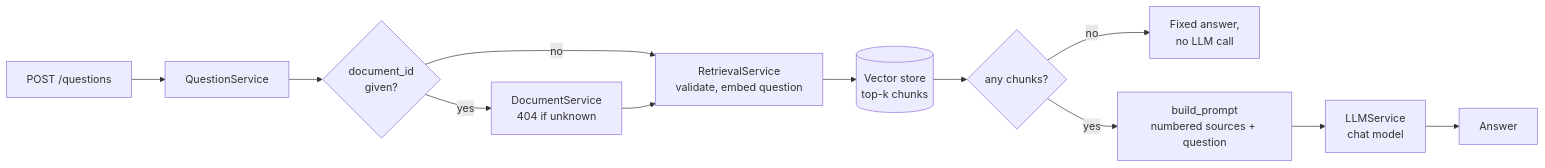
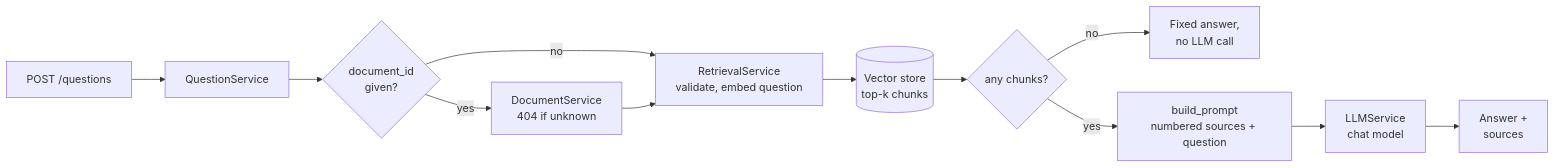
The second of 2 diagrams in README.md (alexnakagama/doc-ai), drawn with Mermaid before and after one commit. The commit also changed other lines of this file and 4 other files, not shown here.

````diff
--- a/README.md
+++ b/README.md
@@ -76,14 +78,14 @@
 ```mermaid
 flowchart LR
     A[POST /questions] --> B[QuestionService]
     B --> C{document_id<br/>given?}
     C -- yes --> D[DocumentService<br/>404 if unknown]
     C -- no --> E
     D --> E[RetrievalService<br/>validate, embed question]
     E --> F[(Vector store<br/>top-k chunks)]
     F --> G{any chunks?}
     G -- no --> H[Fixed answer,<br/>no LLM call]
     G -- yes --> I[build_prompt<br/>numbered sources + question]
     I --> J[LLMService<br/>chat model]
-    J --> K[Answer]
+    J --> K[Answer +<br/>sources]
 ```
````
